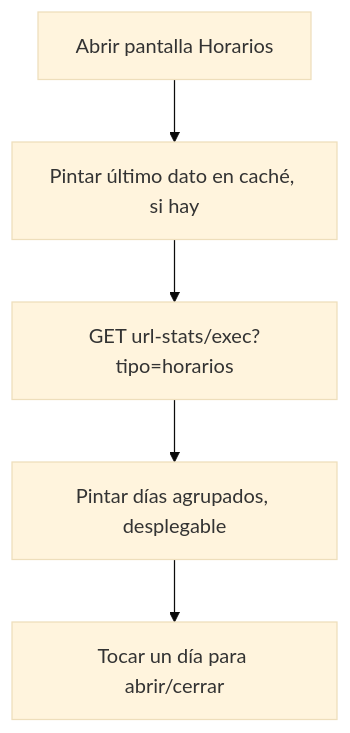
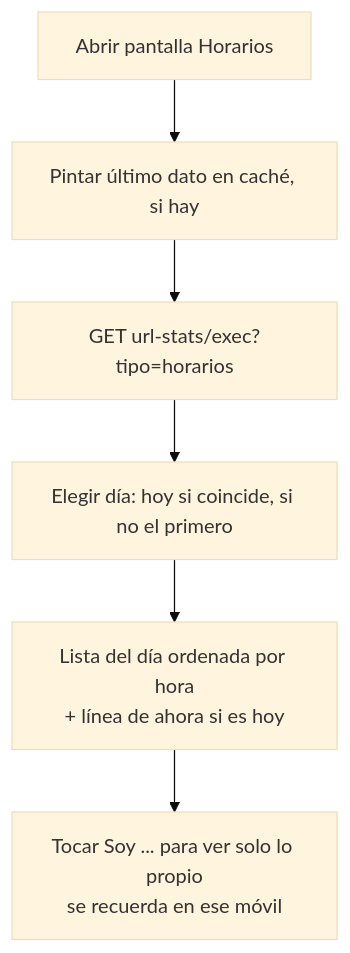
One commit to paulans17/AJ-app changed the fourth of 6 diagrams in docs/FLOWS.md. Above: the diagram before and after it, drawn with Mermaid (base theme). The commit also changed other lines of this file and 9 other files, not shown here.

First line of the commit message:
Horarios pasa a lista por dia con "Soy..." y linea de ahora (D36)

````diff
--- a/docs/FLOWS.md
+++ b/docs/FLOWS.md
@@ -88,7 +88,8 @@
 ```mermaid
 flowchart TD
     A[Abrir pantalla Horarios] --> B[Pintar último dato en caché, si hay]
     B --> C[GET url-stats/exec?tipo=horarios]
-    C --> D[Pintar días agrupados, desplegable]
-    D --> E[Tocar un día para abrir/cerrar]
+    C --> D[Elegir día: hoy si coincide, si no el primero]
+    D --> E[Lista del día ordenada por hora<br/>+ línea de ahora si es hoy]
+    E --> F[Tocar Soy ... para ver solo lo propio<br/>se recuerda en ese móvil]
 ```
````
